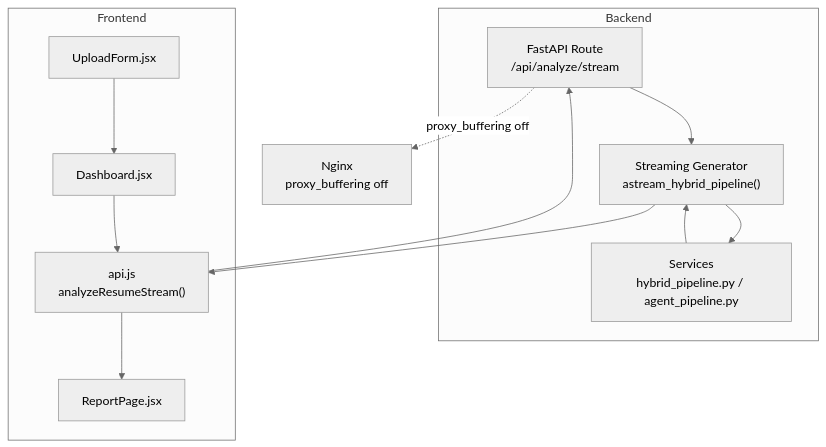
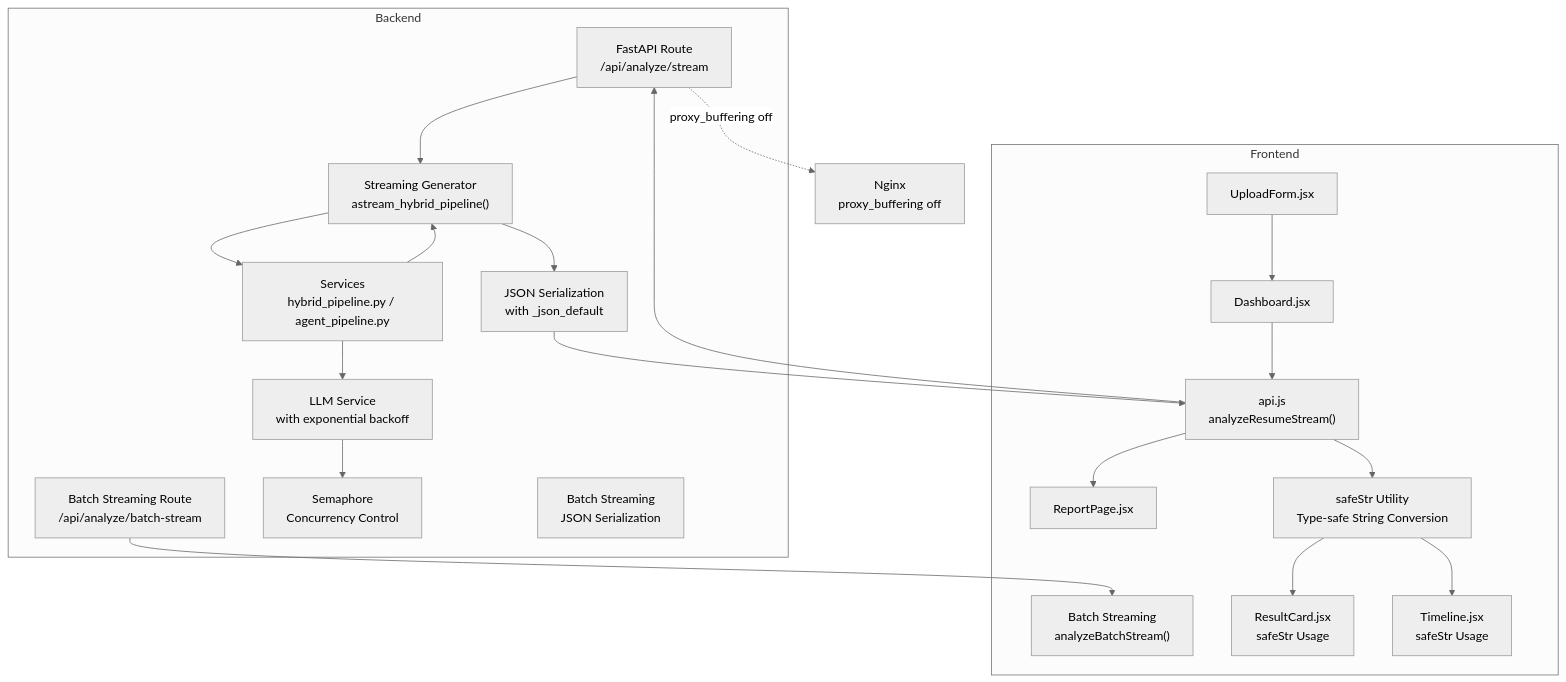
One commit to Revanththetalogics/aireume changed the first of 7 diagrams in .qoder/repowiki/en/content/Real-time Processing.md. Above: the diagram before and after it, drawn with Mermaid (neutral theme). The commit also changed other lines of this file and 61 other files, not shown here.

````diff
--- a/.qoder/repowiki/en/content/Real-time Processing.md
+++ b/.qoder/repowiki/en/content/Real-time Processing.md
@@ -35,24 +52,40 @@
 ```mermaid
 graph TB
 subgraph "Backend"
 R["FastAPI Route<br/>/api/analyze/stream"]
+GS["Batch Streaming Route<br/>/api/analyze/batch-stream"]
 G["Streaming Generator<br/>astream_hybrid_pipeline()"]
 S["Services<br/>hybrid_pipeline.py / agent_pipeline.py"]
+LS["LLM Service<br/>with exponential backoff"]
+SEM["Semaphore<br/>Concurrency Control"]
+END["JSON Serialization<br/>with _json_default"]
+END2["Batch Streaming<br/>JSON Serialization"]
 end
 subgraph "Frontend"
 U["UploadForm.jsx"]
 D["Dashboard.jsx"]
 RP["ReportPage.jsx"]
 API["api.js<br/>analyzeResumeStream()"]
+BATCH["Batch Streaming<br/>analyzeBatchStream()"]
+SAFE["safeStr Utility<br/>Type-safe String Conversion"]
+RC["ResultCard.jsx<br/>safeStr Usage"]
+TL["Timeline.jsx<br/>safeStr Usage"]
 end
 N["Nginx<br/>proxy_buffering off"]
 U --> D
 D --> API
 API --> R
+GS --> BATCH
 R --> G
 G --> S
+S --> LS
+LS --> SEM
 S --> G
-G --> API
+G --> END
+END --> API
+API --> SAFE
+SAFE --> RC
+SAFE --> TL
 API --> RP
 R -. "proxy_buffering off" .-> N
 ```
````
